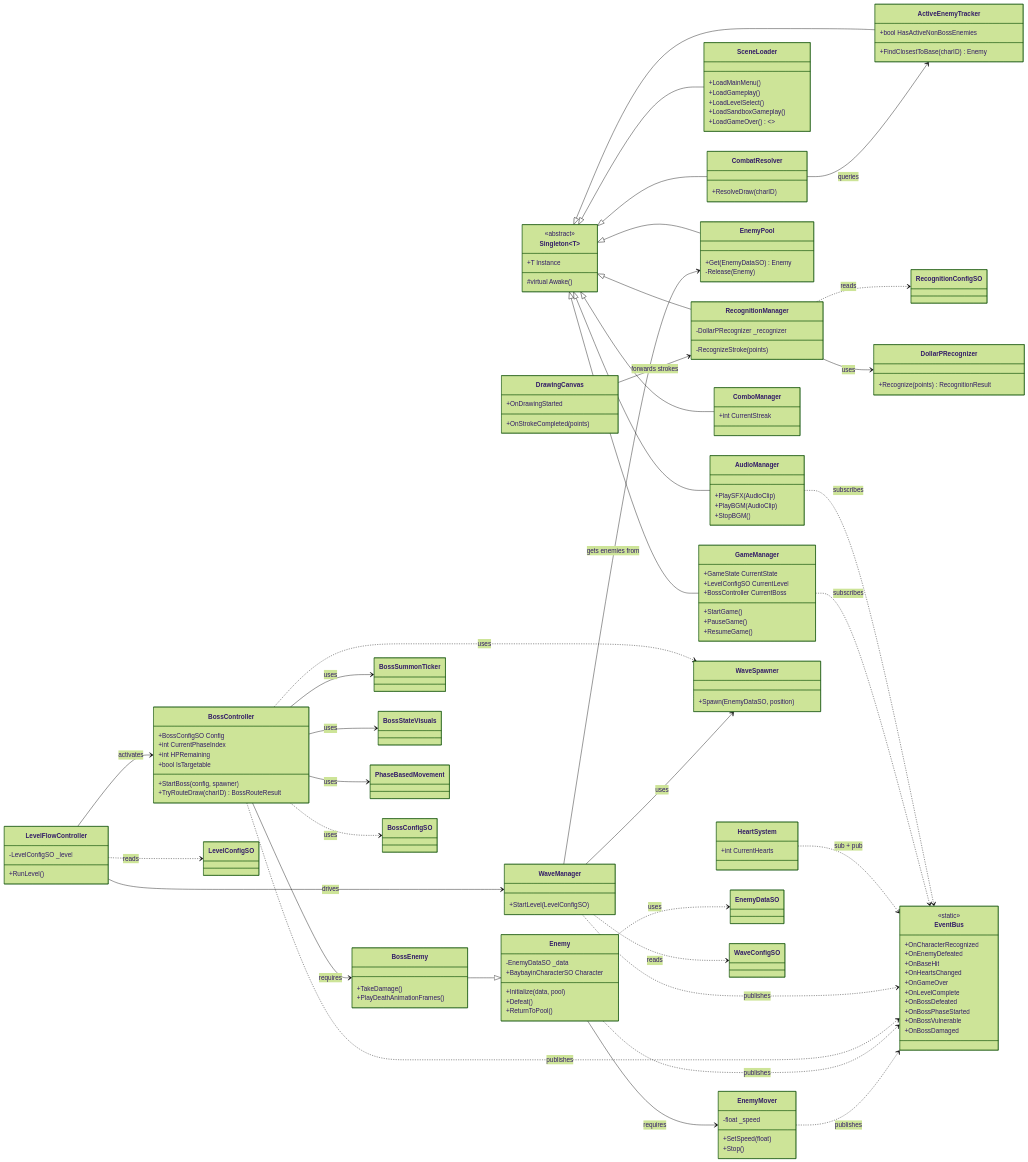
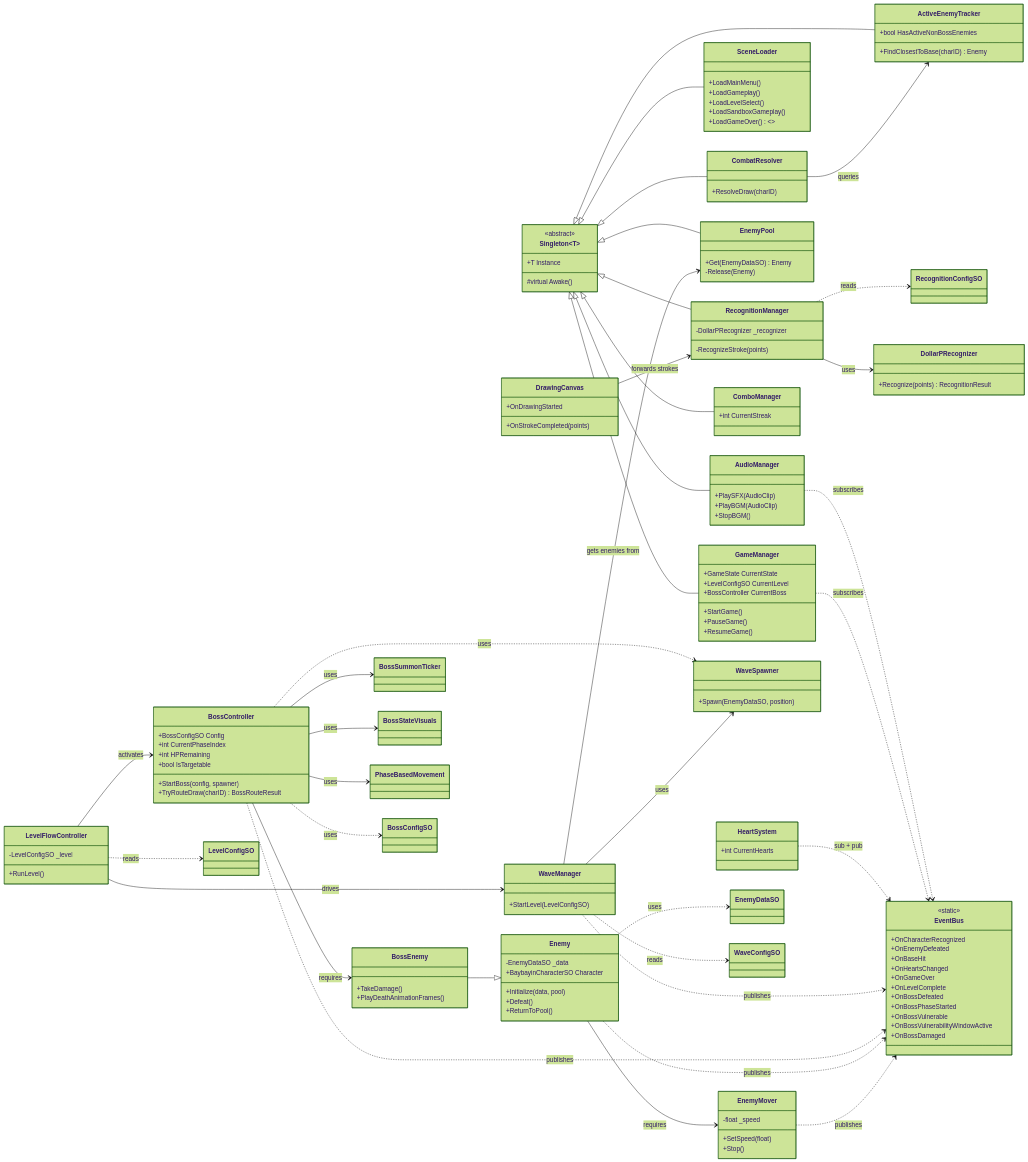
The second of 5 diagrams in docs/capstone/SystemDiagrams.md (chdean-09/salinlahi), drawn with Mermaid (forest theme) before and after one commit. The commit also changed 13 other files, not shown here.

Commit message:
feat(boss): SALIN-68 add OnBossVulnerabilityWindowActive event and update related documentation

```diff
--- a/docs/capstone/SystemDiagrams.md
+++ b/docs/capstone/SystemDiagrams.md
@@ -204,6 +204,7 @@
         +OnBossDefeated
         +OnBossPhaseStarted
         +OnBossVulnerable
+        +OnBossVulnerabilityWindowActive
         +OnBossDamaged
     }
 
```
